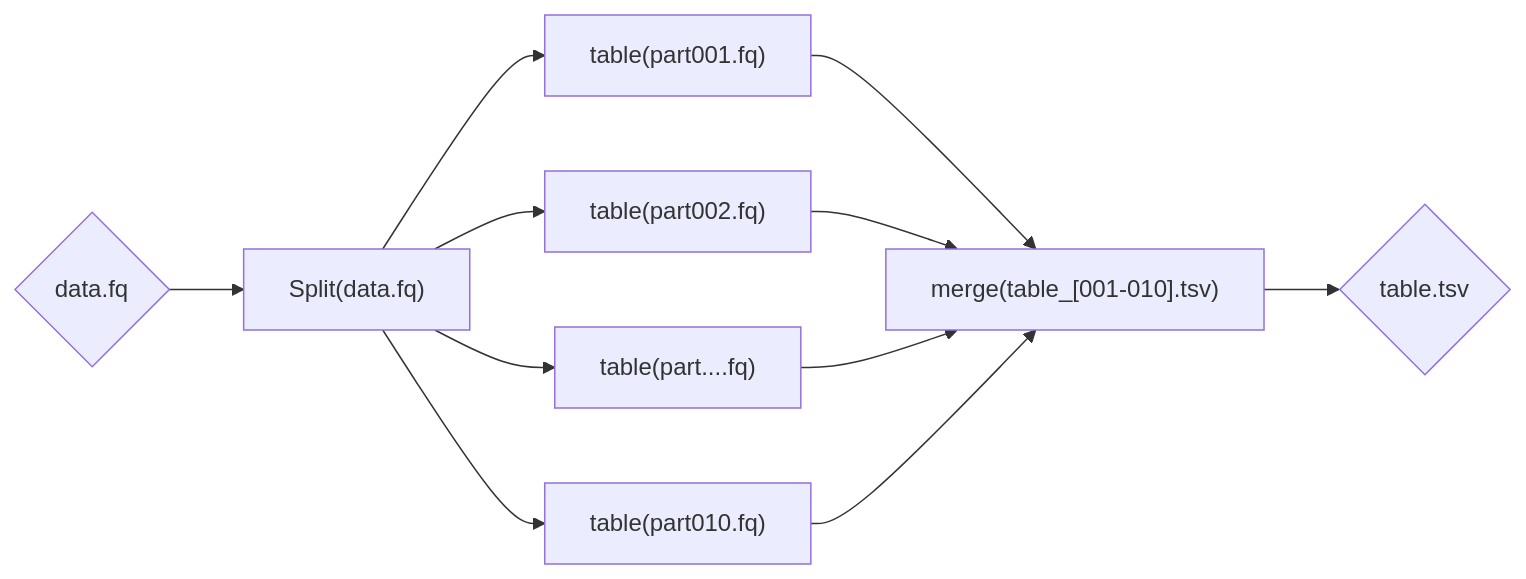
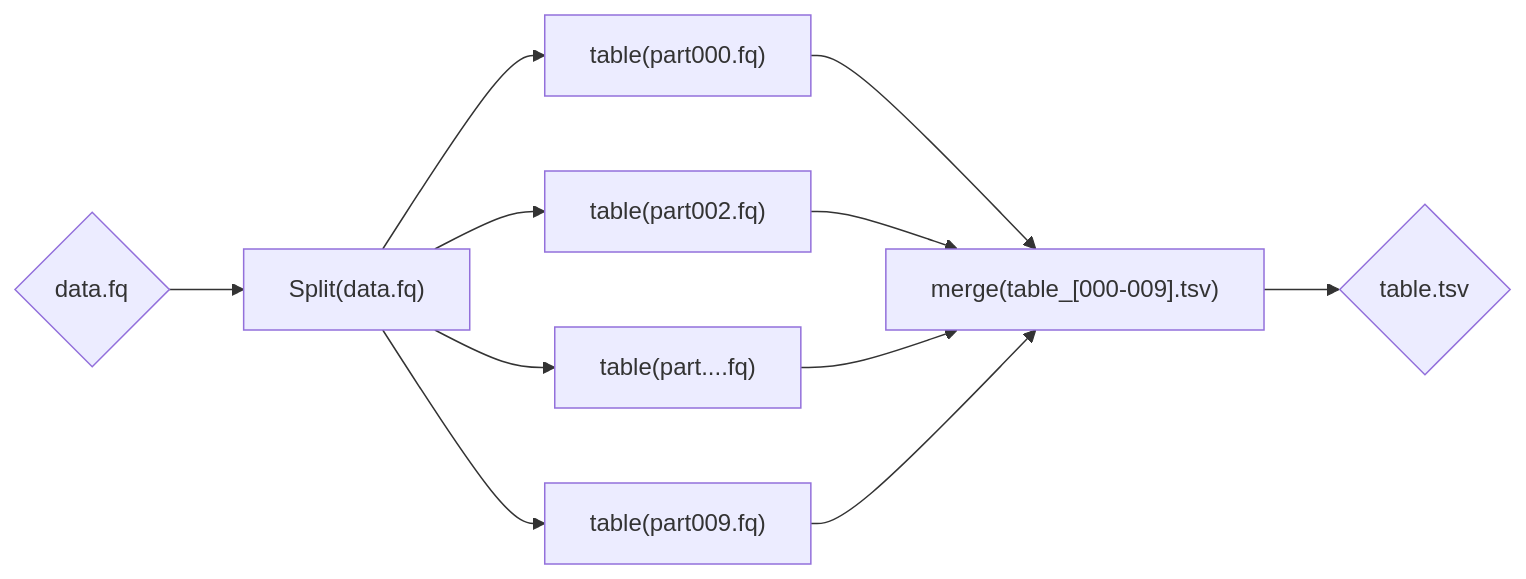
The first of 2 diagrams in webpage/resources/Slides/Advanced/slides.qmd (hds-sandbox/GDKworkshops), drawn with Mermaid before and after one commit. The commit also changed other lines of this file, not shown here.

Commit message:
nice mermaid plot

````diff
--- a/webpage/resources/Slides/Advanced/slides.qmd
+++ b/webpage/resources/Slides/Advanced/slides.qmd
@@ -784,13 +784,13 @@
 ```{mermaid}
 flowchart LR
   A0{data.fq} --> A["Split(data.fq)"]
-  A --> B["table(part001.fq)"]
+  A --> B["table(part000.fq)"]
   A --> C["table(part002.fq)"]
   A --> D["table(part....fq)"]
-  A --> E["table(part010.fq)"]
-  B --> F["merge(table_[001-010].tsv)"]
+  A --> E["table(part009.fq)"]
+  B --> F["merge(table_[000-009].tsv)"]
   C --> F
   D --> F
   E --> F
   F --> G{table.tsv}
 ```
````
